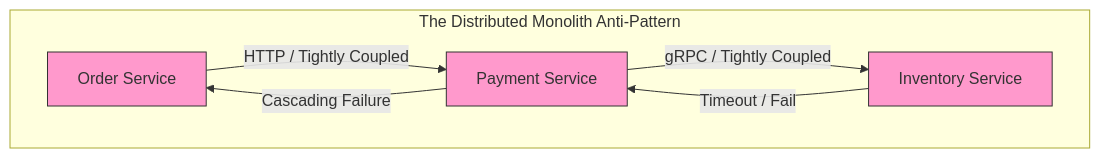
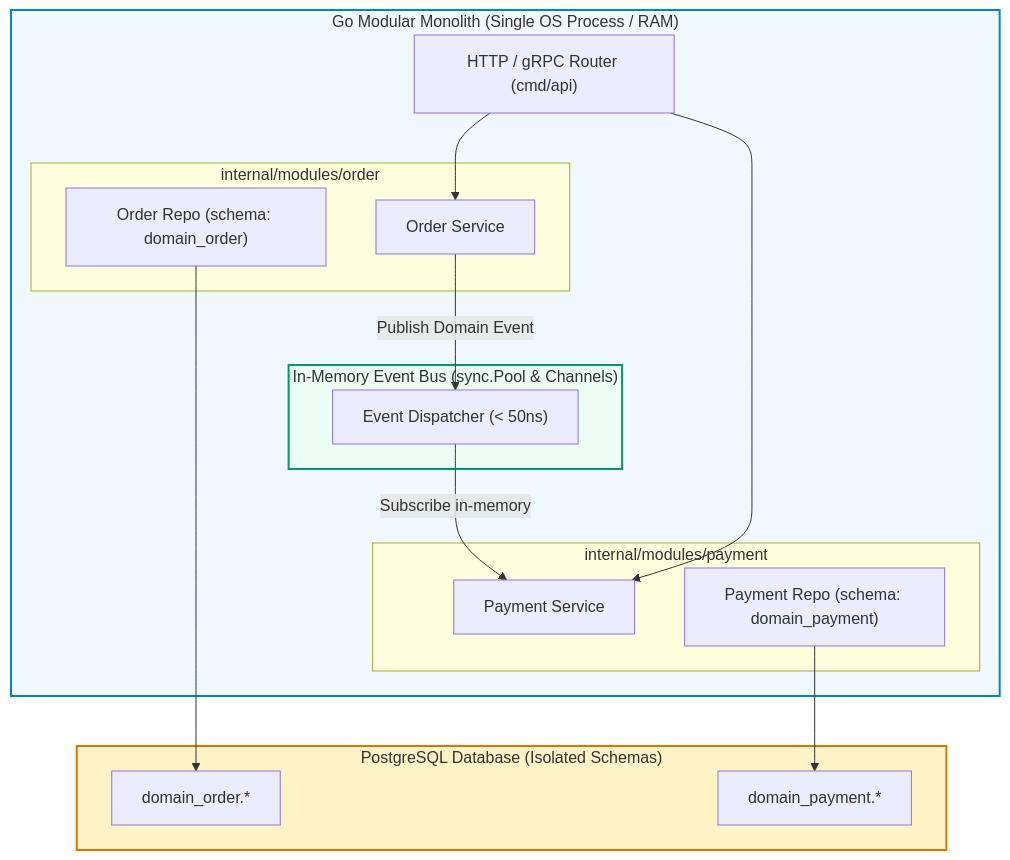
One commit to vesviet/vesviet changed the first of 3 diagrams in content/posts/microservices-delusion-why-golang-modular-monolith-is-the-destination.md. Above: the diagram before and after it, drawn with Mermaid. The commit also changed other lines of this file and 9 other files, not shown here.

Commit message:
docs(content): upgrade 10 architecture and systems engineering posts to masterclass guides

````diff
--- a/content/posts/microservices-delusion-why-golang-modular-monolith-is-the-destination.md
+++ b/content/posts/microservices-delusion-why-golang-modular-monolith-is-the-destination.md
@@ -50,17 +29,34 @@
 ```mermaid
 graph TD
-    subgraph Distributed_Monolith ["The Distributed Monolith Anti-Pattern"]
-        Order[Order Service]
-        Payment[Payment Service]
-        Inventory[Inventory Service]
+    subgraph Modular_Monolith ["Go Modular Monolith (Single OS Process / RAM)"]
+        HTTP_GW["HTTP / gRPC Router (cmd/api)"]
         
-        Order -- HTTP / Tightly Coupled --> Payment
-        Payment -- gRPC / Tightly Coupled --> Inventory
-        Inventory -- Timeout / Fail --> Payment
-        Payment -- Cascading Failure --> Order
+        subgraph Domain_Order ["internal/modules/order"]
+            Order_Service["Order Service"]
+            Order_Repo["Order Repo (schema: domain_order)"]
+        end
+
+        subgraph Domain_Payment ["internal/modules/payment"]
+            Payment_Service["Payment Service"]
+            Payment_Repo["Payment Repo (schema: domain_payment)"]
+        end
+
+        subgraph Event_Bus ["In-Memory Event Bus (sync.Pool & Channels)"]
+            Bus["Event Dispatcher (< 50ns)"]
+        end
+
+        HTTP_GW --> Order_Service
+        HTTP_GW --> Payment_Service
+        Order_Service -->|"Publish Domain Event"| Bus
+        Bus -->|"Subscribe in-memory"| Payment_Service
     end
-    
-    style Order fill:#f9c,stroke:#333
-    style Payment fill:#f9c,stroke:#333
-    style Inventory fill:#f9c,stroke:#333
+
+    subgraph Single_DB ["PostgreSQL Database (Isolated Schemas)"]
+        Order_Repo --> DB_Order["domain_order.*"]
+        Payment_Repo --> DB_Payment["domain_payment.*"]
+    end
+
+    style Modular_Monolith fill:#f0f9ff,stroke:#0284c7,stroke-width:2px
+    style Event_Bus fill:#ecfdf5,stroke:#059669,stroke-width:2px
+    style Single_DB fill:#fef3c7,stroke:#d97706,stroke-width:2px
 ```
````
